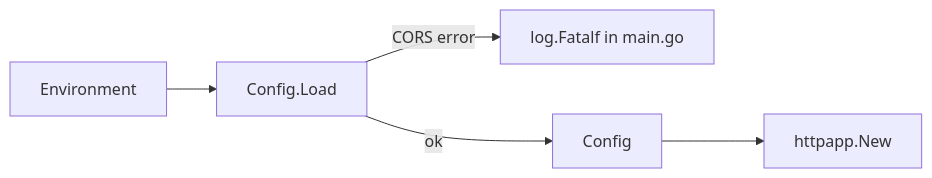
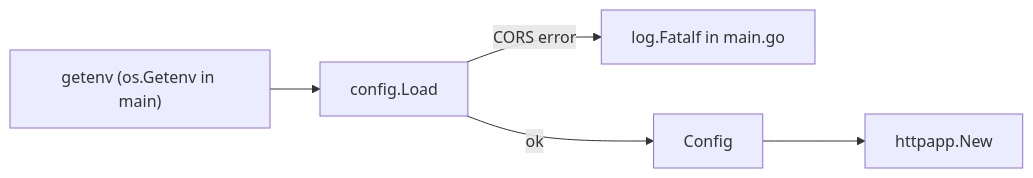
Before and after one commit to jrswab/go-pwa-forge: the diagram in .mem/config/summary.md, drawn with Mermaid. The commit also changed other lines of this file and 12 other files, not shown here.

````diff
--- a/.mem/config/summary.md
+++ b/.mem/config/summary.md
@@ -15,7 +13,7 @@
 ```mermaid
 flowchart LR
-  env["Environment"] --> load["Config.Load"]
+  env["getenv (os.Getenv in main)"] --> load["config.Load"]
   load -->|"CORS error"| fatal["log.Fatalf in main.go"]
   load -->|"ok"| cfg["Config"]
   cfg --> httpapp["httpapp.New"]
 ```
````
